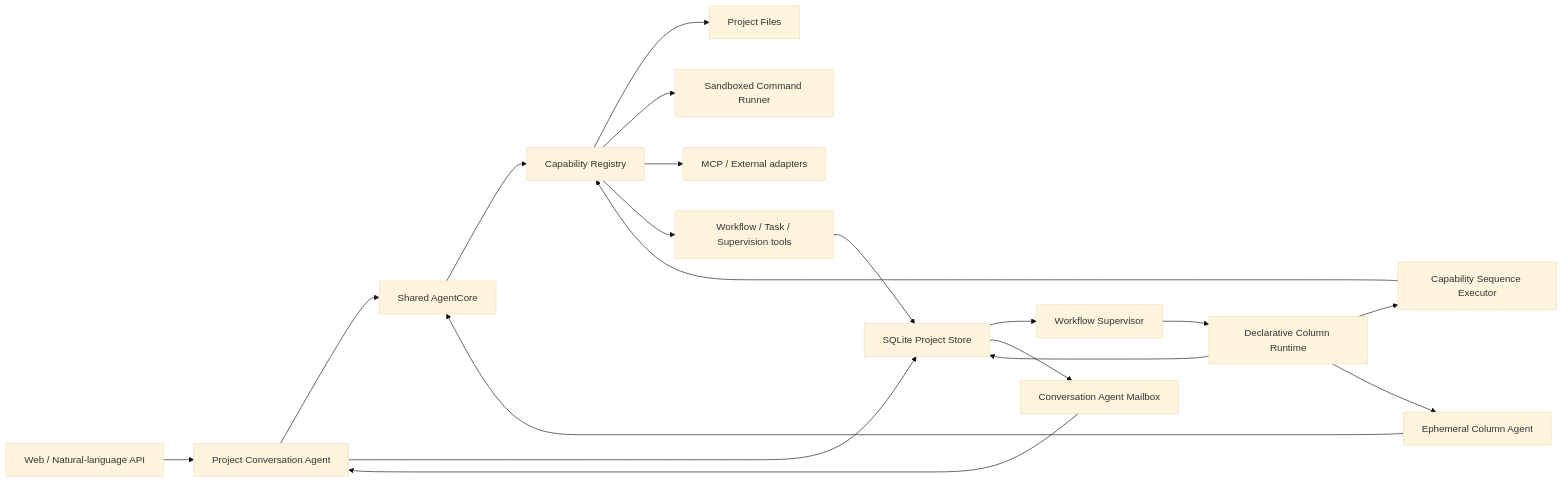
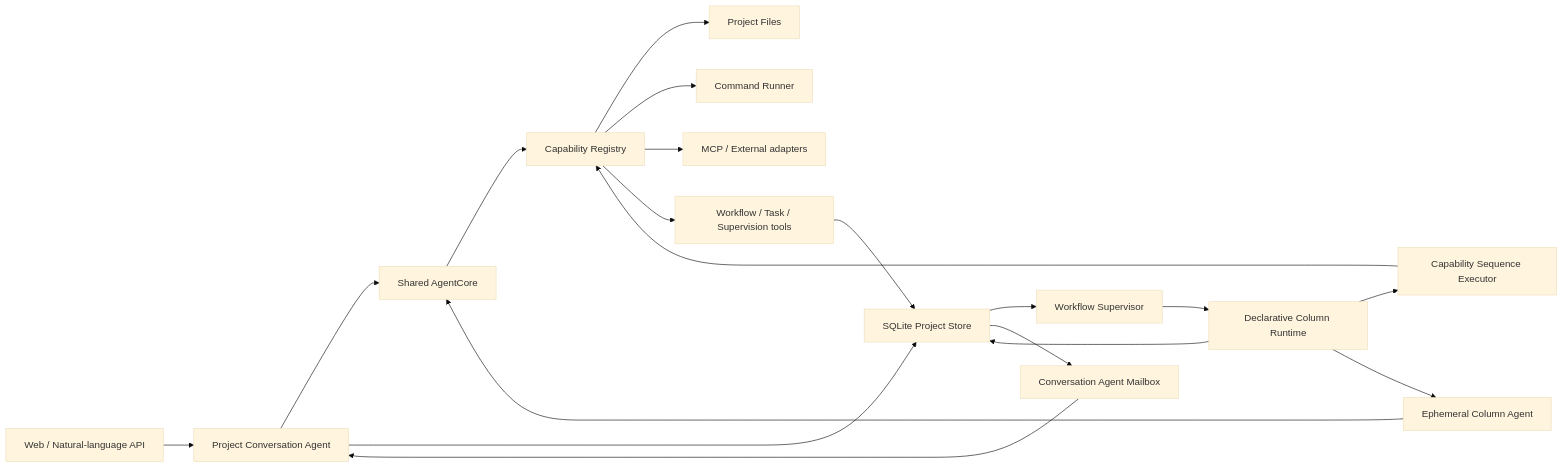
Before and after one commit to zanghongtu2006/DevWerk: the first of 2 diagrams in DevWerk/docs/generic-conversation-agent-and-declarative-column-runtime.md, drawn with Mermaid (base theme). The commit also changed other lines of this file and 2 other files, not shown here.

````diff
--- a/DevWerk/docs/generic-conversation-agent-and-declarative-column-runtime.md
+++ b/DevWerk/docs/generic-conversation-agent-and-declarative-column-runtime.md
@@ -44,21 +46,21 @@
 ```mermaid
 flowchart LR
     User["Web / Natural-language API"] --> CA["Project Conversation Agent"]
     CA --> Core["Shared AgentCore"]
     Core --> Registry["Capability Registry"]
     Registry --> Files["Project Files"]
-    Registry --> Commands["Sandboxed Command Runner"]
+    Registry --> Commands["Command Runner"]
     Registry --> MCP["MCP / External adapters"]
     Registry --> Control["Workflow / Task / Supervision tools"]
     CA --> Store["SQLite Project Store"]
     Control --> Store
     Store --> Supervisor["Workflow Supervisor"]
     Supervisor --> Runtime["Declarative Column Runtime"]
     Runtime --> Sequence["Capability Sequence Executor"]
     Runtime --> ColumnAgent["Ephemeral Column Agent"]
     ColumnAgent --> Core
     Sequence --> Registry
     Runtime --> Store
     Store --> Mailbox["Conversation Agent Mailbox"]
     Mailbox --> CA
 ```
````
